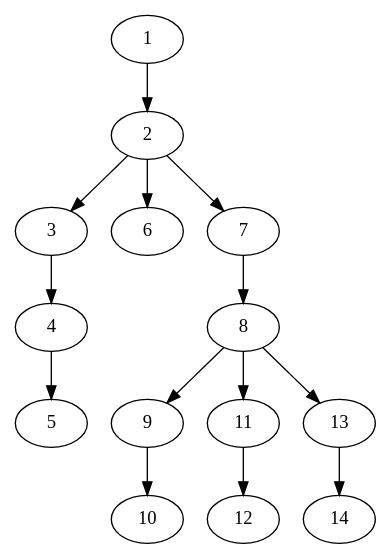
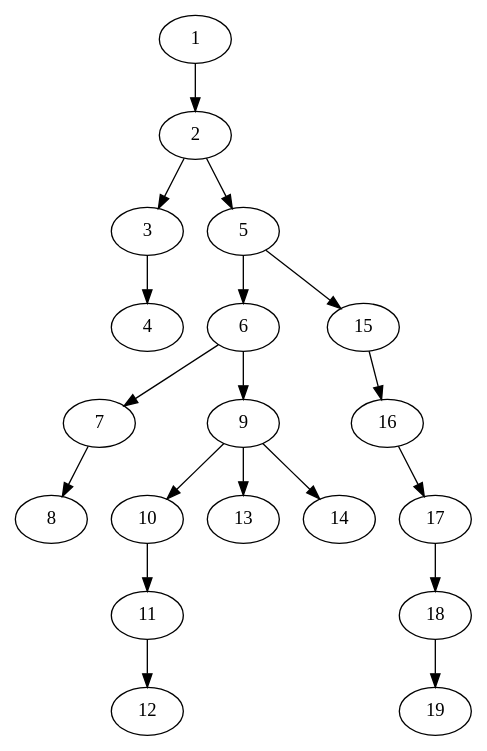
The diagram in caspian/src/ast_stuff.dot (Ajax12345/caspian-lang), drawn with Graphviz before and after one commit. The commit also changed 5 other files, not shown here.

```diff
--- a/caspian/src/ast_stuff.dot
+++ b/caspian/src/ast_stuff.dot
@@ -1,15 +1,20 @@
 strict digraph "" {
 	1 -> 2;
 	2 -> 3;
-	2 -> 6;
-	2 -> 7;
+	2 -> 5;
 	3 -> 4;
-	4 -> 5;
+	5 -> 6;
+	5 -> 15;
+	6 -> 7;
+	6 -> 9;
 	7 -> 8;
-	8 -> 9;
-	8 -> 11;
-	8 -> 13;
 	9 -> 10;
+	9 -> 13;
+	9 -> 14;
+	10 -> 11;
 	11 -> 12;
-	13 -> 14;
+	15 -> 16;
+	16 -> 17;
+	17 -> 18;
+	18 -> 19;
 }
```
